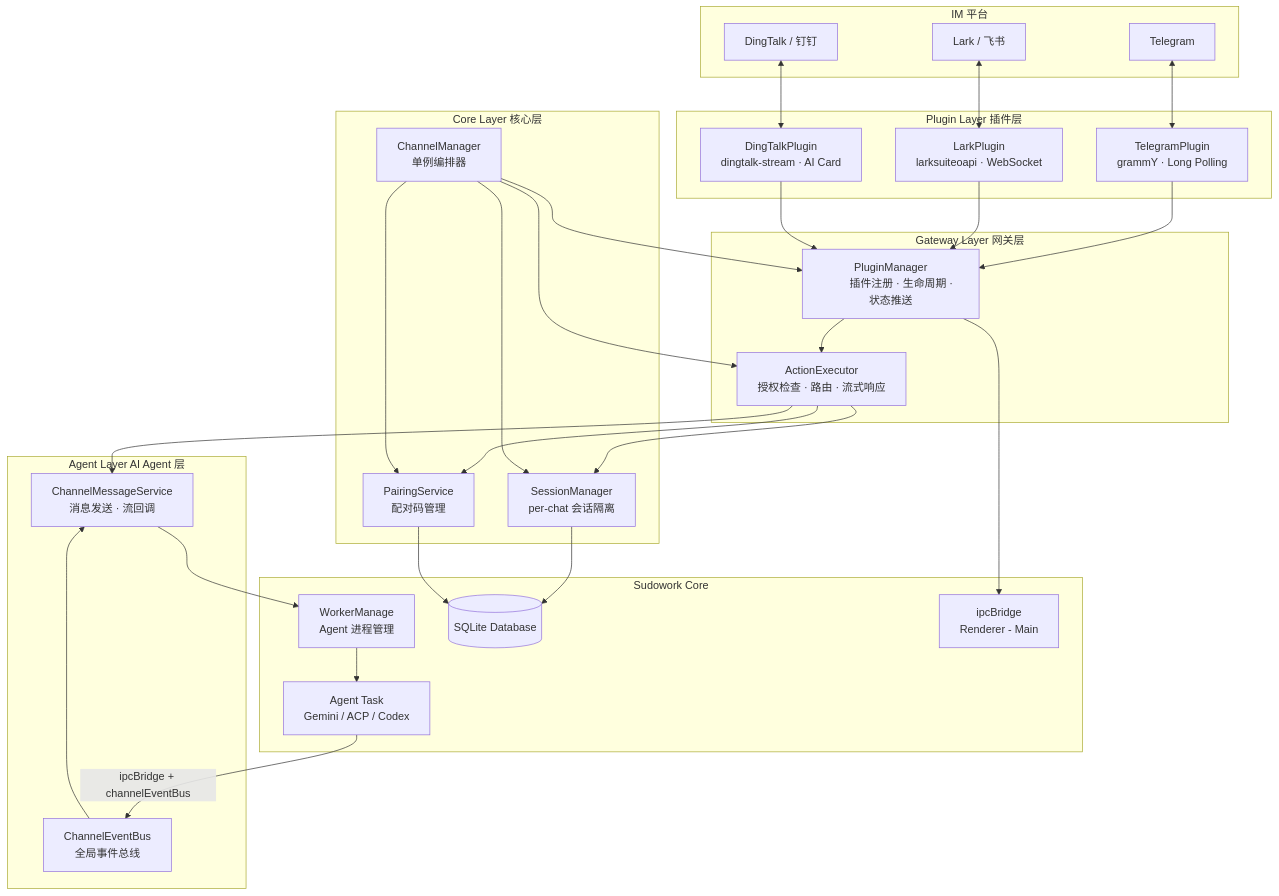
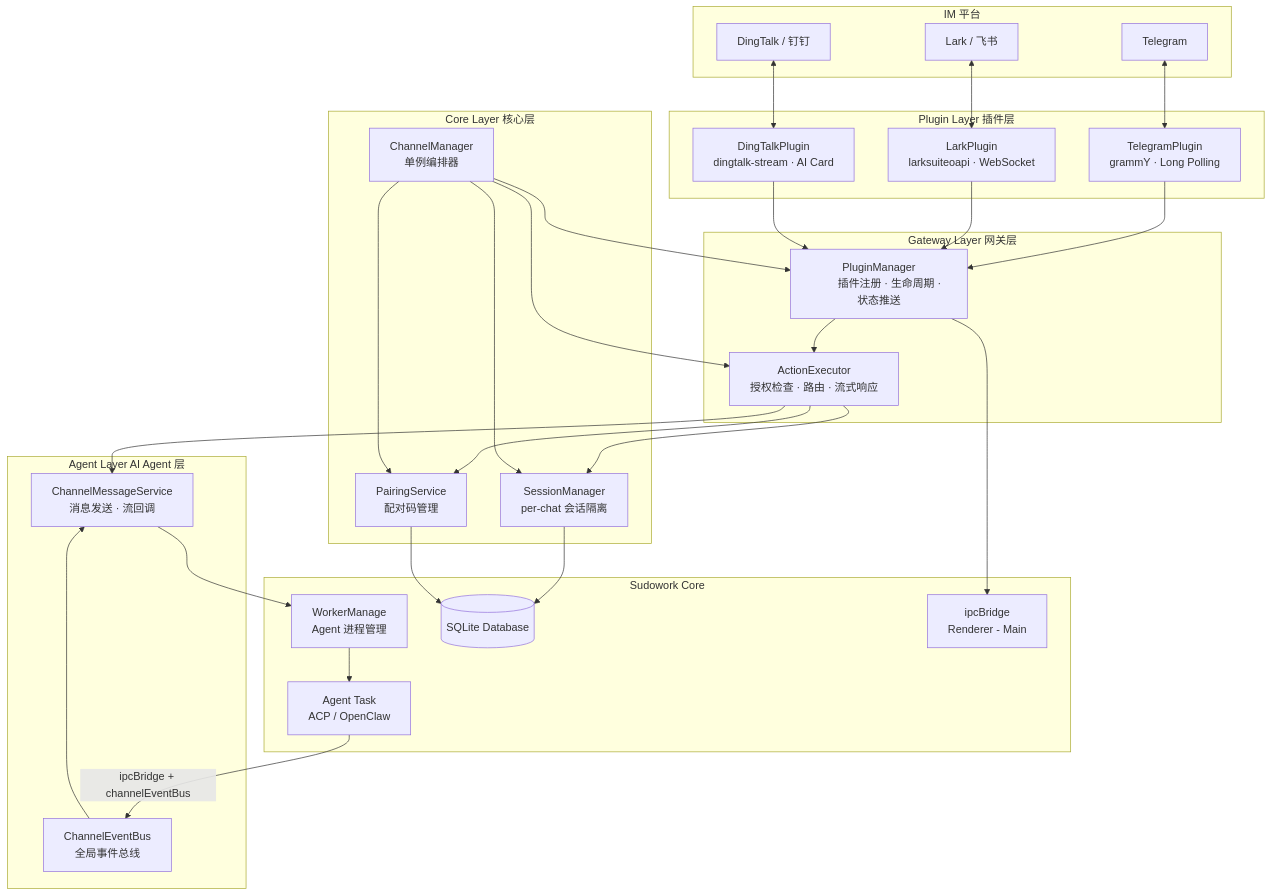
Before and after one commit to sudoprivacy/sudowork: the first of 2 diagrams in src/channels/ARCHITECTURE.md, drawn with Mermaid. The commit also changed other lines of this file, not shown here.

Commit message:
docs: update ARCHITECTURE.md to reflect removed agent types

````diff
--- a/src/channels/ARCHITECTURE.md
+++ b/src/channels/ARCHITECTURE.md
@@ -84,77 +84,77 @@
 ```mermaid
 graph TB
     subgraph "IM 平台"
         TG[Telegram]
         LK[Lark / 飞书]
         DT[DingTalk / 钉钉]
     end
 
     subgraph "Plugin Layer 插件层"
         TP["TelegramPlugin
         grammY · Long Polling"]
         LP["LarkPlugin
         larksuiteoapi · WebSocket"]
         DP["DingTalkPlugin
         dingtalk-stream · AI Card"]
     end
 
     subgraph "Gateway Layer 网关层"
         PM["PluginManager
         插件注册 · 生命周期 · 状态推送"]
         AE["ActionExecutor
         授权检查 · 路由 · 流式响应"]
     end
 
     subgraph "Core Layer 核心层"
         CM["ChannelManager
         单例编排器"]
         SM["SessionManager
         per-chat 会话隔离"]
         PS["PairingService
         配对码管理"]
     end
 
     subgraph "Agent Layer AI Agent 层"
         CMS["ChannelMessageService
         消息发送 · 流回调"]
         CEB["ChannelEventBus
         全局事件总线"]
     end
 
     subgraph "Sudowork Core"
         WM["WorkerManage
         Agent 进程管理"]
         AGT["Agent Task
-        Gemini / ACP / Codex"]
+        ACP / OpenClaw"]
         DB[("SQLite Database")]
         IPC["ipcBridge
         Renderer - Main"]
     end
 
     TG <--> TP
     LK <--> LP
     DT <--> DP
 
     TP --> PM
     LP --> PM
     DP --> PM
 
     PM --> AE
     AE --> SM
     AE --> PS
     AE --> CMS
 
     CM --> PM
     CM --> SM
     CM --> PS
     CM --> AE
 
     CMS --> WM
     WM --> AGT
     AGT -->|"ipcBridge + channelEventBus"| CEB
     CEB --> CMS
 
     SM --> DB
     PS --> DB
     PM --> IPC
 ```
````
